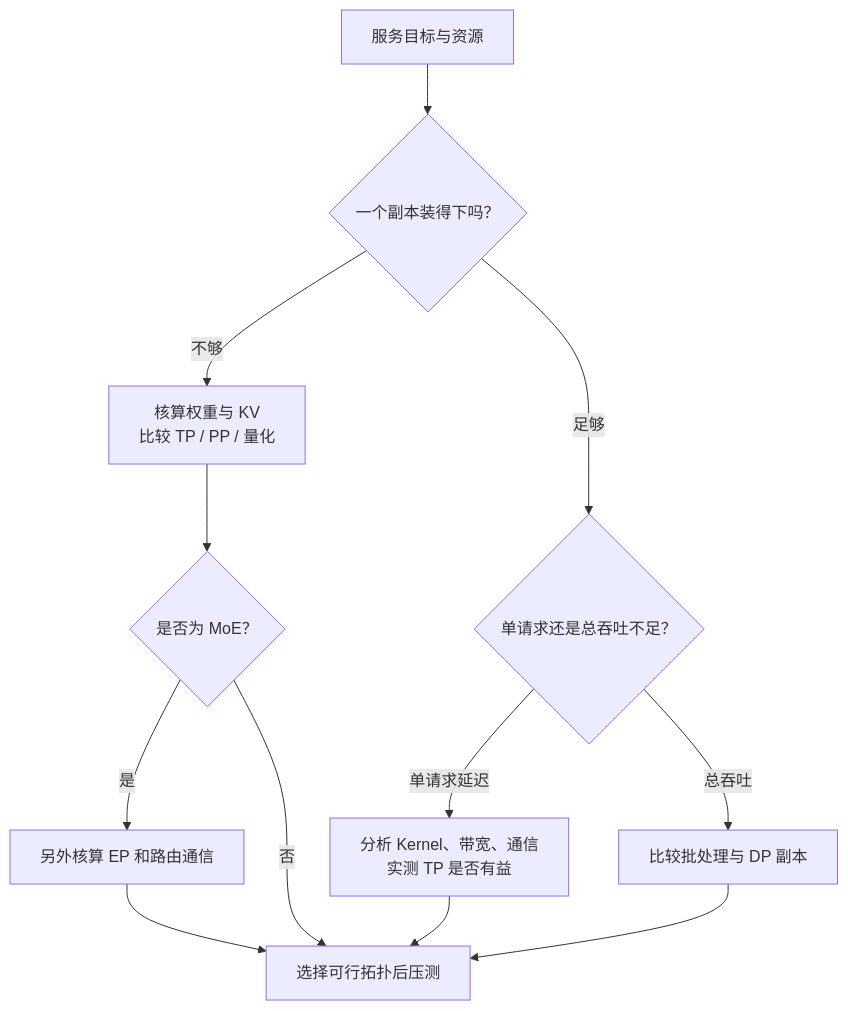
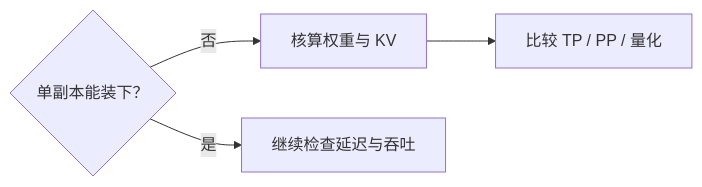
One commit to caomaolufei/AIInfraGuide changed the first of 2 diagrams in docs/guides/模块四-推理优化/第6章-分布式推理/6.1-推理并行策略总览.md. Above: the diagram before and after it, drawn with Mermaid. The commit also changed other lines of this file and 12 other files, not shown here.

Commit message:
docs: revise chapter six explanations and add six teaching diagrams

````diff
--- a/docs/guides/模块四-推理优化/第6章-分布式推理/6.1-推理并行策略总览.md
+++ b/docs/guides/模块四-推理优化/第6章-分布式推理/6.1-推理并行策略总览.md
@@ -112,14 +112,6 @@
 ```mermaid
-graph TD
-    A["服务目标与资源"] --> B{"一个副本装得下吗？"}
-    B -->|"不够"| C["核算权重与 KV<br/>比较 TP / PP / 量化"]
-    B -->|"足够"| D{"单请求还是总吞吐不足？"}
-    D -->|"单请求延迟"| E["分析 Kernel、带宽、通信<br/>实测 TP 是否有益"]
-    D -->|"总吞吐"| F["比较批处理与 DP 副本"]
-    C --> G{"是否为 MoE？"}
-    G -->|"是"| H["另外核算 EP 和路由通信"]
-    G -->|"否"| I["选择可行拓扑后压测"]
-    F --> I
-    E --> I
-    H --> I
+flowchart LR
+    A{"单副本能装下？"} -->|"否"| B["核算权重与 KV"]
+    B --> C["比较 TP / PP / 量化"]
+    A -->|"是"| D["继续检查延迟与吞吐"]
 ```
````
